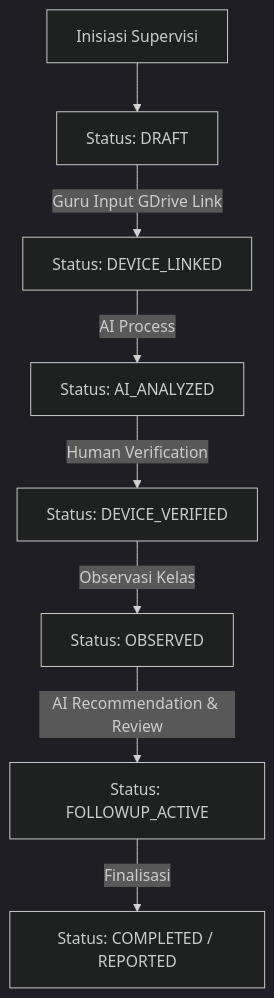
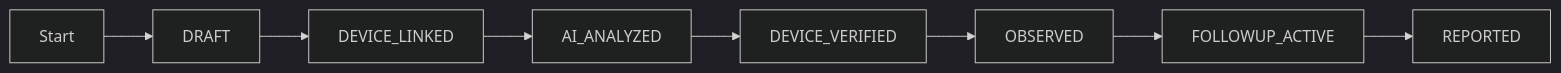
Before and after one commit to Hnzsama/supervisi_sekolah: the second of 2 diagrams in docs/03-business-workflows.md, drawn with Mermaid (dark theme). The commit also changed other lines of this file and 3 other files, not shown here.

Commit message:
Optimize Mermaid diagram layout to balanced horizontal format

````diff
--- a/docs/03-business-workflows.md
+++ b/docs/03-business-workflows.md
@@ -69,10 +69,10 @@
 ```mermaid
-flowchart TD
-    Init["Inisiasi Supervisi"] --> DRAFT["Status: DRAFT"]
-    DRAFT -->|Guru Input GDrive Link| DEVICE_LINKED["Status: DEVICE_LINKED"]
-    DEVICE_LINKED -->|AI Process| AI_ANALYZED["Status: AI_ANALYZED"]
-    AI_ANALYZED -->|Human Verification| DEVICE_VERIFIED["Status: DEVICE_VERIFIED"]
-    DEVICE_VERIFIED -->|Observasi Kelas| OBSERVED["Status: OBSERVED"]
-    OBSERVED -->|AI Recommendation & Review| FOLLOWUP_ACTIVE["Status: FOLLOWUP_ACTIVE"]
-    FOLLOWUP_ACTIVE -->|Finalisasi| REPORTED["Status: COMPLETED / REPORTED"]
+flowchart LR
+    Init["Start"] --> DRAFT["DRAFT"]
+    DRAFT --> DEVICE_LINKED["DEVICE_LINKED"]
+    DEVICE_LINKED --> AI_ANALYZED["AI_ANALYZED"]
+    AI_ANALYZED --> DEVICE_VERIFIED["DEVICE_VERIFIED"]
+    DEVICE_VERIFIED --> OBSERVED["OBSERVED"]
+    OBSERVED --> FOLLOWUP_ACTIVE["FOLLOWUP_ACTIVE"]
+    FOLLOWUP_ACTIVE --> REPORTED["REPORTED"]
 ```
````
